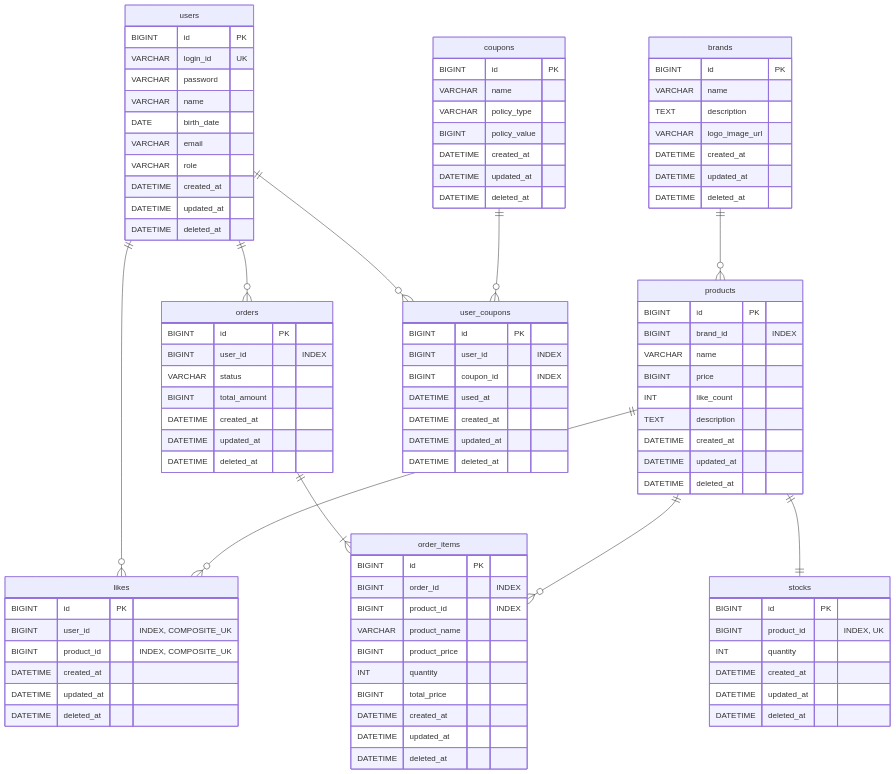
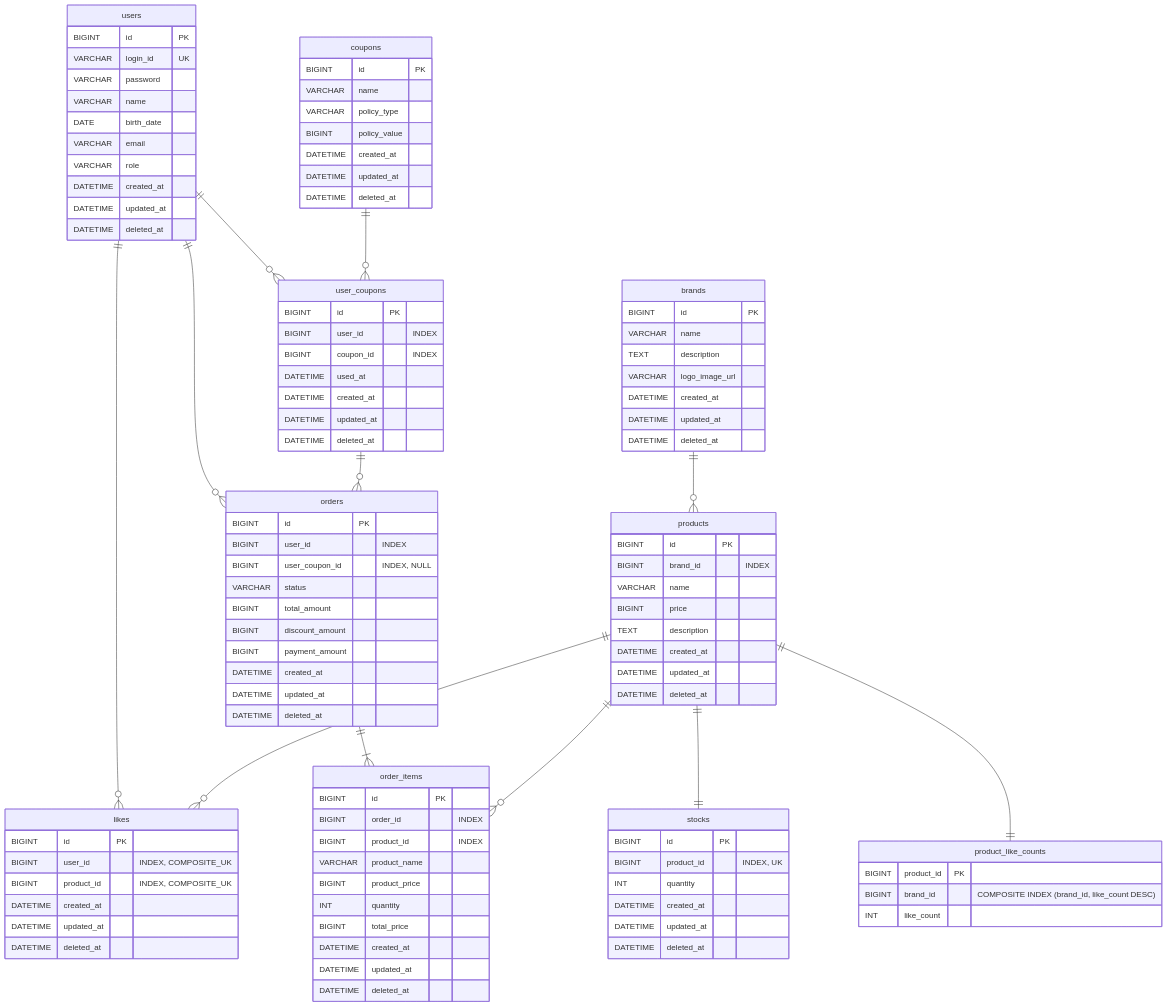
The diagram in docs/week2/04-erd.md (loopers-labs/loop-pack-be-l2-vol4-kotlin), drawn with Mermaid before and after one commit. The commit also changed other lines of this file and 3 other files, not shown here.

````diff
--- a/docs/week2/04-erd.md
+++ b/docs/week2/04-erd.md
@@ -55,11 +59,16 @@
         BIGINT brand_id "INDEX"
         VARCHAR name
         BIGINT price
-        INT like_count
         TEXT description
         DATETIME created_at
         DATETIME updated_at
         DATETIME deleted_at
+    }
+
+    product_like_counts {
+        BIGINT product_id PK
+        BIGINT brand_id "COMPOSITE INDEX (brand_id, like_count DESC)"
+        INT like_count
     }
 
     stocks {
@@ -83,8 +92,11 @@
     orders {
         BIGINT id PK
         BIGINT user_id "INDEX"
+        BIGINT user_coupon_id "INDEX, NULL"
         VARCHAR status
         BIGINT total_amount
+        BIGINT discount_amount
+        BIGINT payment_amount
         DATETIME created_at
         DATETIME updated_at
         DATETIME deleted_at
@@ -125,11 +137,13 @@
 
     brands ||--o{ products : ""
     products ||--|| stocks : ""
+    products ||--|| product_like_counts : ""
     users ||--o{ likes : ""
     products ||--o{ likes : ""
     users ||--o{ user_coupons : ""
     coupons ||--o{ user_coupons : ""
     users ||--o{ orders : ""
+    user_coupons ||--o{ orders : ""
     orders ||--|{ order_items : ""
     products ||--o{ order_items : ""
 ```
````
